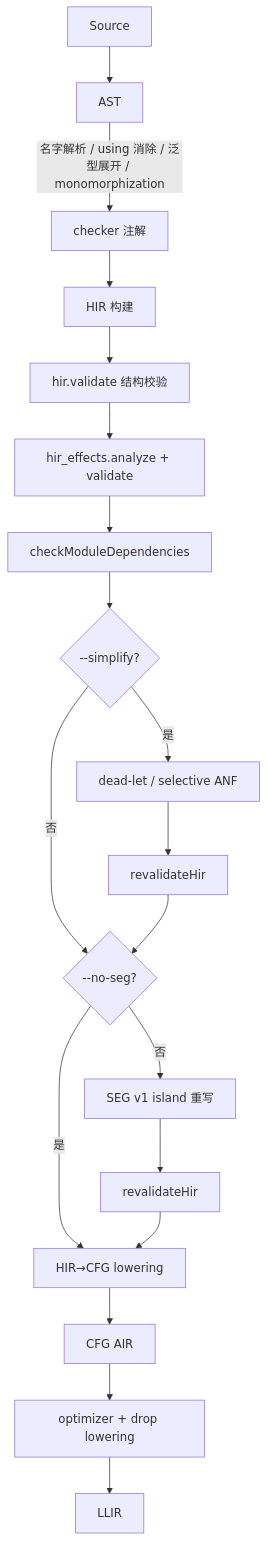
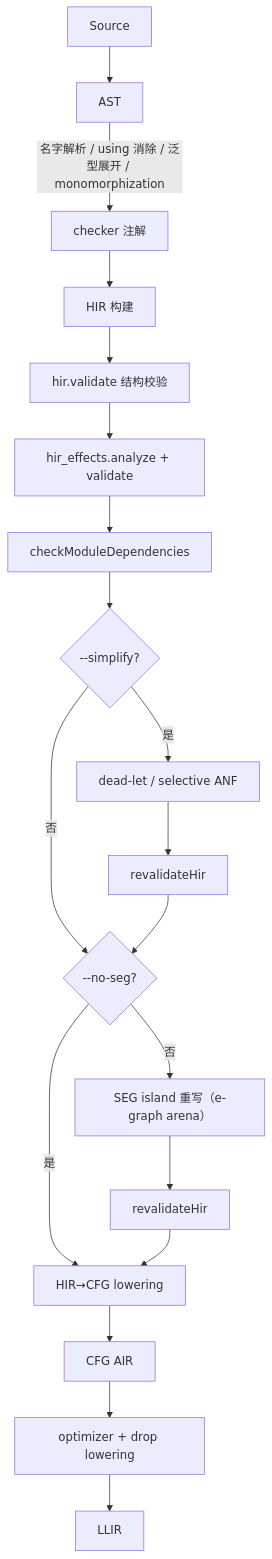
The first of 2 diagrams in docs/hir.md (zoltrazig/stilla), drawn with Mermaid before and after one commit. The commit also changed other lines of this file and 11 other files, not shown here.

````diff
--- a/docs/hir.md
+++ b/docs/hir.md
@@ -73,19 +74,19 @@
 ```mermaid
 flowchart TD
     S[Source] --> AST[AST]
     AST -->|名字解析 / using 消除 / 泛型展开 / monomorphization| CHK[checker 注解]
     CHK --> BUILD[HIR 构建]
     BUILD --> V1[hir.validate 结构校验]
     V1 --> EFF[hir_effects.analyze + validate]
     EFF --> MC[checkModuleDependencies]
     MC --> SIMPQ{--simplify?}
     SIMPQ -->|是| ANF[dead-let / selective ANF] --> RV1[revalidateHir]
     SIMPQ -->|否| SEGQ{--no-seg?}
     RV1 --> SEGQ
-    SEGQ -->|否| SEG[SEG v1 island 重写] --> RV2[revalidateHir]
+    SEGQ -->|否| SEG[SEG island 重写（e-graph arena）] --> RV2[revalidateHir]
     SEGQ -->|是| LOWER[HIR→CFG lowering]
     RV2 --> LOWER
     LOWER --> AIRC[CFG AIR]
     AIRC --> OPT[optimizer + drop lowering]
     OPT --> LLIR[LLIR]
 ```
````
